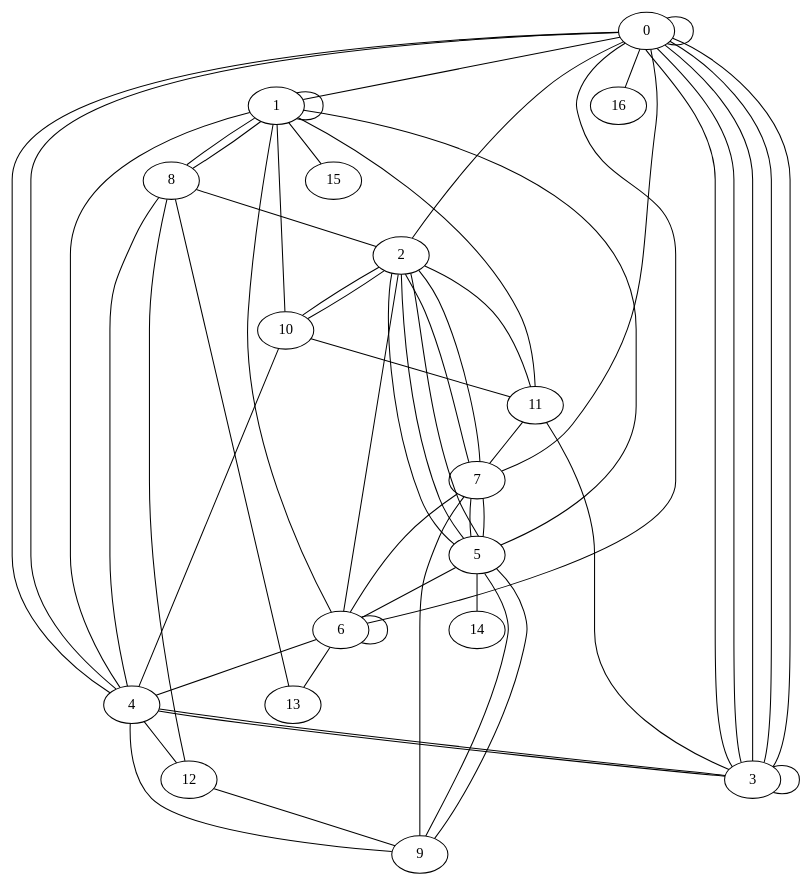
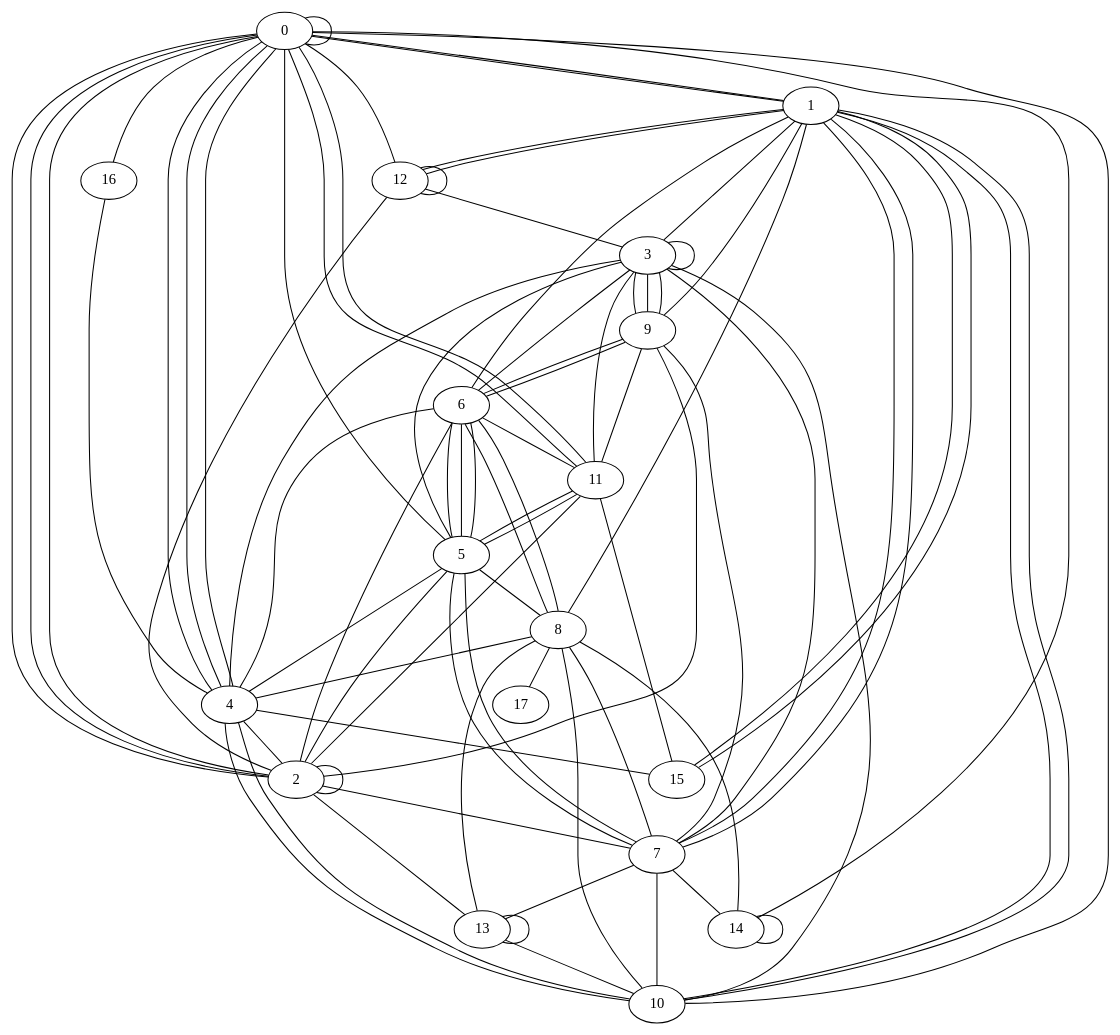
One commit to denizsurmeli/random-graph-generator changed the diagram in feeds/out/O-9-18-18-PM.dot. Above: the diagram before and after it, drawn with Graphviz. The commit also changed 688 other files, not shown here.

```diff
--- a/feeds/out/O-9-18-18-PM.dot
+++ b/feeds/out/O-9-18-18-PM.dot
@@ -1,75 +1,103 @@
 graph G {
 0;
 1;
 2;
 3;
 4;
 5;
 6;
 7;
 8;
 9;
 10;
 11;
 12;
 13;
 14;
 15;
 16;
+17;
+4--2 ;
+0--1 ;
+1--10 ;
+13--10 ;
+0--11 ;
+2--9 ;
+6--5 ;
+0--2 ;
+0--4 ;
+11--5 ;
+8--4 ;
+8--13 ;
+12--1 ;
+12--12 ;
+13--13 ;
+0--11 ;
+10--3 ;
+2--2 ;
+8--14 ;
+9--6 ;
+1--10 ;
+14--0 ;
+0--4 ;
+0--2 ;
+9--6 ;
+5--3 ;
+8--7 ;
+1--9 ;
+4--0 ;
+3--3 ;
+15--11 ;
+9--3 ;
+7--5 ;
+6--1 ;
+7--10 ;
+2--11 ;
+10--0 ;
+3--7 ;
+4--10 ;
+15--1 ;
+6--8 ;
+6--3 ;
 2--5 ;
-2--5 ;
-1--15 ;
-1--1 ;
-0--6 ;
-0--1 ;
-11--7 ;
+11--3 ;
+9--3 ;
 4--3 ;
-8--2 ;
+11--9 ;
+1--8 ;
+12--0 ;
+0--16 ;
+5--11 ;
+2--6 ;
+0--0 ;
+1--12 ;
+7--1 ;
+6--8 ;
+1--0 ;
+15--1 ;
+7--9 ;
+7--13 ;
+5--6 ;
+5--6 ;
+12--3 ;
+4--6 ;
+10--8 ;
+5--8 ;
+0--5 ;
+1--7 ;
+12--2 ;
+2--13 ;
+16--4 ;
+2--7 ;
 7--5 ;
-0--4 ;
-0--3 ;
-3--11 ;
-3--0 ;
-3--0 ;
-1--8 ;
-6--6 ;
-5--6 ;
-3--0 ;
-7--0 ;
-10--2 ;
-4--9 ;
-4--0 ;
-6--13 ;
-1--11 ;
-2--10 ;
-12--9 ;
-2--5 ;
-4--8 ;
-9--5 ;
-5--14 ;
-0--16 ;
-10--11 ;
-11--2 ;
-3--4 ;
-0--0 ;
-4--1 ;
-1--10 ;
-2--7 ;
-5--7 ;
-8--13 ;
-4--12 ;
-1--8 ;
-9--5 ;
-6--4 ;
-7--2 ;
-3--0 ;
+4--15 ;
 4--10 ;
-6--7 ;
-2--0 ;
-3--3 ;
-2--6 ;
-12--8 ;
-6--1 ;
-5--1 ;
-9--7 ;
+0--2 ;
+6--11 ;
+7--14 ;
+8--17 ;
+14--14 ;
+3--1 ;
+4--5 ;
+3--9 ;
 }
```
